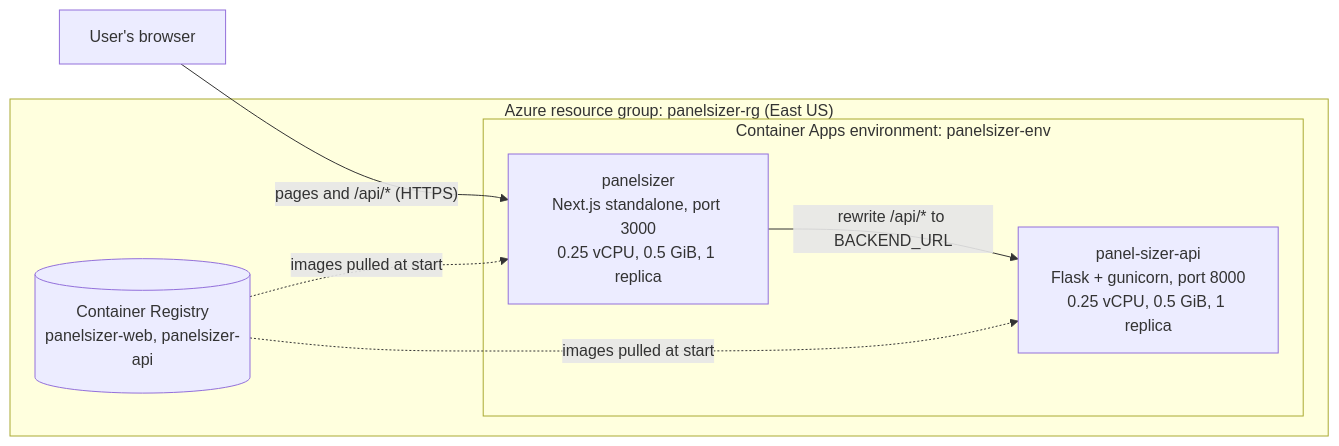
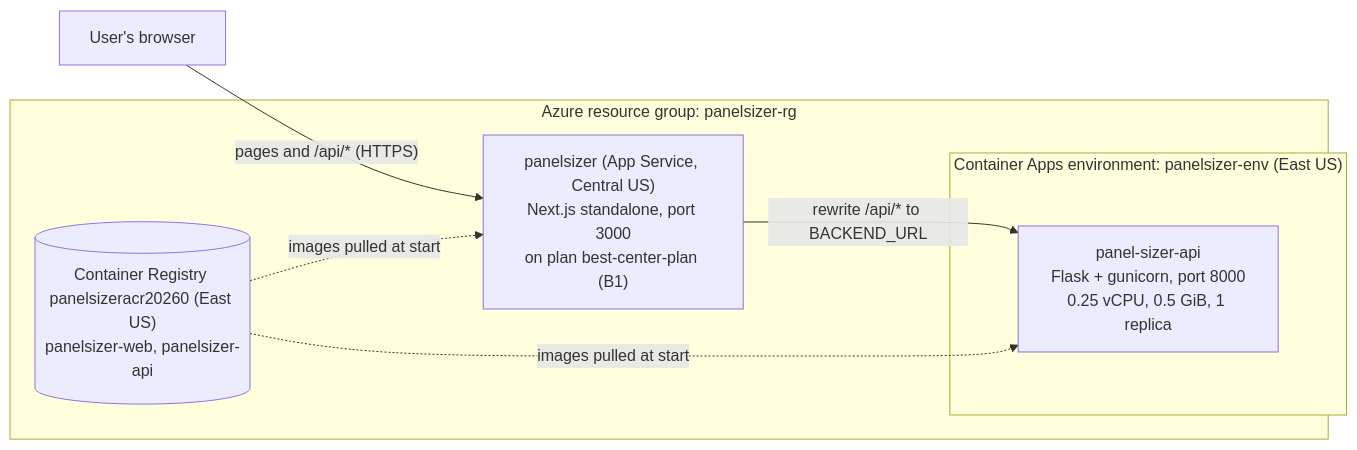
The first of 4 diagrams in README.md (Larson-Building-Systems-Laboratory/PanelSizer_Web_Tool), drawn with Mermaid before and after one commit. The commit also changed other lines of this file and 20 other files, not shown here.

Commit message:
Use BEST Center palette and logo

````diff
--- a/README.md
+++ b/README.md
@@ -43,17 +43,17 @@
 ```mermaid
 flowchart LR
     U["User's browser"]
 
-    subgraph RG["Azure resource group: panelsizer-rg (East US)"]
-        ACR[("Container Registry<br/>panelsizer-web, panelsizer-api")]
-        subgraph ENV["Container Apps environment: panelsizer-env"]
-            WEB["panelsizer<br/>Next.js standalone, port 3000<br/>0.25 vCPU, 0.5 GiB, 1 replica"]
+    subgraph RG["Azure resource group: panelsizer-rg"]
+        ACR[("Container Registry panelsizeracr20260 (East US)<br/>panelsizer-web, panelsizer-api")]
+        WEB["panelsizer (App Service, Central US)<br/>Next.js standalone, port 3000<br/>on plan best-center-plan (B1)"]
+        subgraph ENV["Container Apps environment: panelsizer-env (East US)"]
             API["panel-sizer-api<br/>Flask + gunicorn, port 8000<br/>0.25 vCPU, 0.5 GiB, 1 replica"]
         end
     end
 
     U -- "pages and /api/* (HTTPS)" --> WEB
     WEB -- "rewrite /api/* to BACKEND_URL" --> API
     ACR -. "images pulled at start" .-> WEB
     ACR -. "images pulled at start" .-> API
 ```
````
